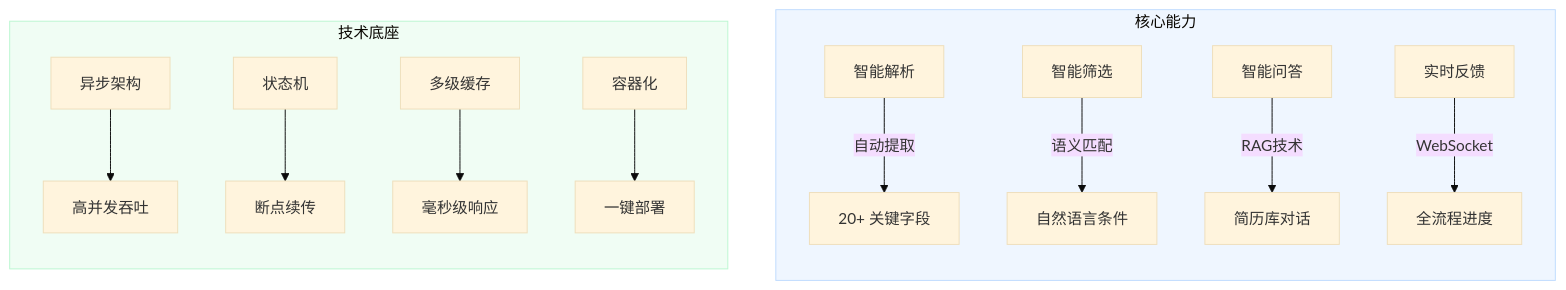
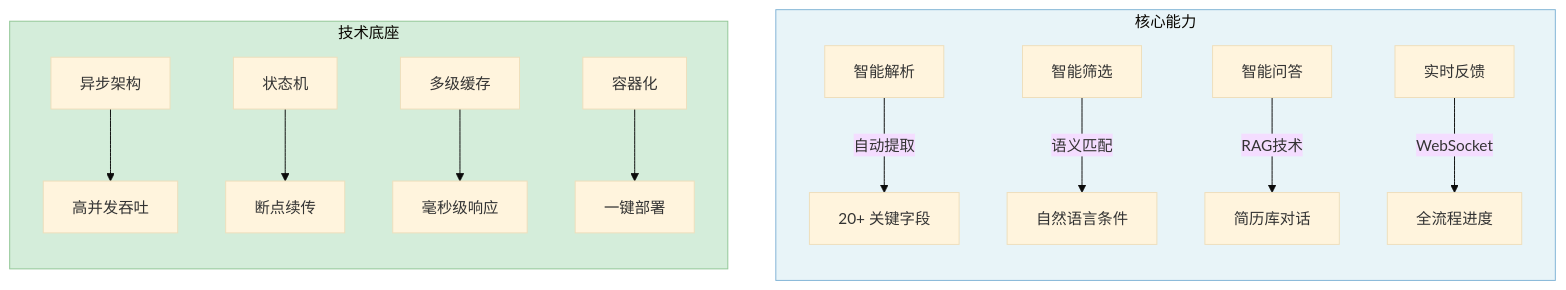
The first of 14 diagrams in docs/architecture.md (xt765/ResumeScreening), drawn with Mermaid (base theme) before and after one commit. The commit also changed other lines of this file and 4 other files, not shown here.

````diff
--- a/docs/architecture.md
+++ b/docs/architecture.md
@@ -35,21 +35,21 @@
 ```mermaid
 graph TD
     subgraph Features [核心能力]
         direction TB
         A[智能解析] -->|自动提取| A1[20+ 关键字段]
         B[智能筛选] -->|语义匹配| B1[自然语言条件]
         C[智能问答] -->|RAG技术| C1[简历库对话]
         D[实时反馈] -->|WebSocket| D1[全流程进度]
     end
   
     subgraph Tech [技术底座]
         direction TB
         E[异步架构] --> E1[高并发吞吐]
         F[状态机] --> F1[断点续传]
         G[多级缓存] --> G1[毫秒级响应]
         H[容器化] --> H1[一键部署]
     end
     
-    style Features fill:#eff6ff,stroke:#bfdbfe
-    style Tech fill:#f0fdf4,stroke:#bbf7d0
+    style Features fill:#e8f4f8,stroke:#7fb3d5
+    style Tech fill:#d4edda,stroke:#90c695
 ```
````
